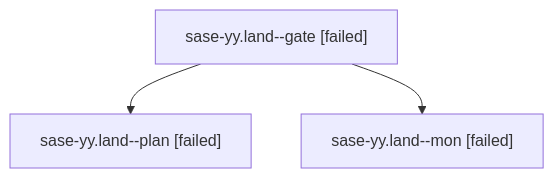
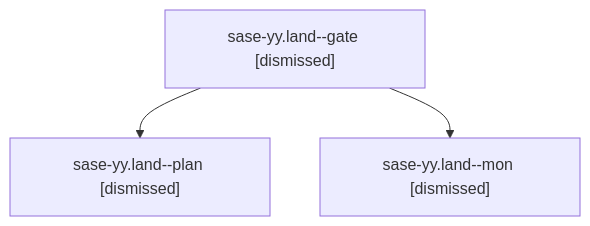
Before and after one commit to sase-org/sase--agents: the diagram in families/bbugyi200.athena.sase-yy.land.md, drawn with Mermaid. The commit also changed other lines of this file and 106 other files, not shown here.

````diff
--- a/families/bbugyi200.athena.sase-yy.land.md
+++ b/families/bbugyi200.athena.sase-yy.land.md
@@ -9,8 +9,8 @@
 ```mermaid
 flowchart TD
-  n0["sase-yy.land--gate [failed]"]
-  n1["sase-yy.land--plan [failed]"]
+  n0["sase-yy.land--gate [dismissed]"]
+  n1["sase-yy.land--plan [dismissed]"]
   n0 --> n1
-  n2["sase-yy.land--mon [failed]"]
+  n2["sase-yy.land--mon [dismissed]"]
   n0 --> n2
 ```
````
